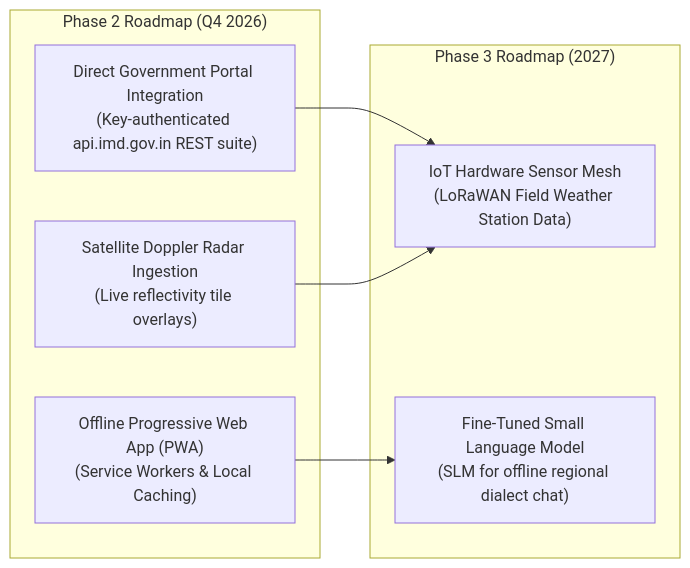
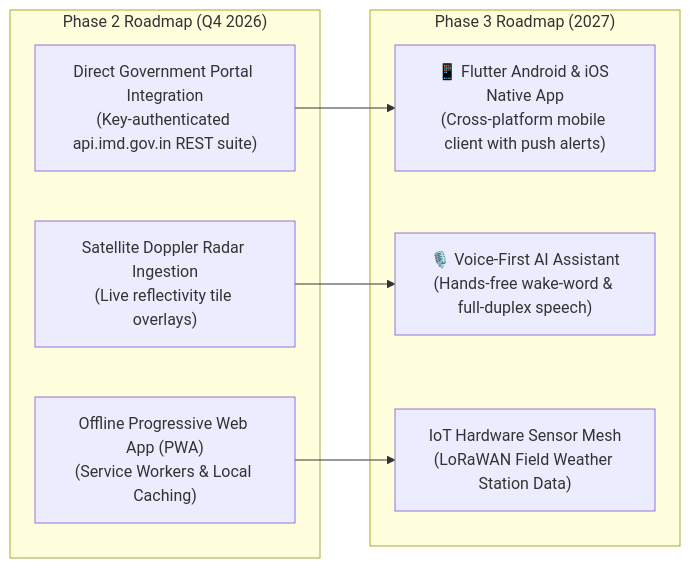
Before and after one commit to omsenjalia/weathergpt: the sixth of 6 diagrams in frontend/Architecture.md, drawn with Mermaid. The commit also changed other lines of this file and 5 other files, not shown here.

Commit message:
feat: add backend test suite, psutil/pytest deps, env specs, and Flutter/Voice-First AI roadmap

````diff
--- a/frontend/Architecture.md
+++ b/frontend/Architecture.md
@@ -562,17 +562,18 @@
 ```mermaid
 graph LR
     subgraph "Phase 2 Roadmap (Q4 2026)"
         R1["Direct Government Portal Integration<br/>(Key-authenticated api.imd.gov.in REST suite)"]
         R2["Satellite Doppler Radar Ingestion<br/>(Live reflectivity tile overlays)"]
         R3["Offline Progressive Web App (PWA)<br/>(Service Workers & Local Caching)"]
     end
 
     subgraph "Phase 3 Roadmap (2027)"
-        R4["IoT Hardware Sensor Mesh<br/>(LoRaWAN Field Weather Station Data)"]
-        R5["Fine-Tuned Small Language Model<br/>(SLM for offline regional dialect chat)"]
+        R4["📱 Flutter Android & iOS Native App<br/>(Cross-platform mobile client with push alerts)"]
+        R5["🎙️ Voice-First AI Assistant<br/>(Hands-free wake-word & full-duplex speech)"]
+        R6["IoT Hardware Sensor Mesh<br/>(LoRaWAN Field Weather Station Data)"]
     end
 
     R1 --> R4
-    R2 --> R4
-    R3 --> R5
+    R2 --> R5
+    R3 --> R6
 ```
````
